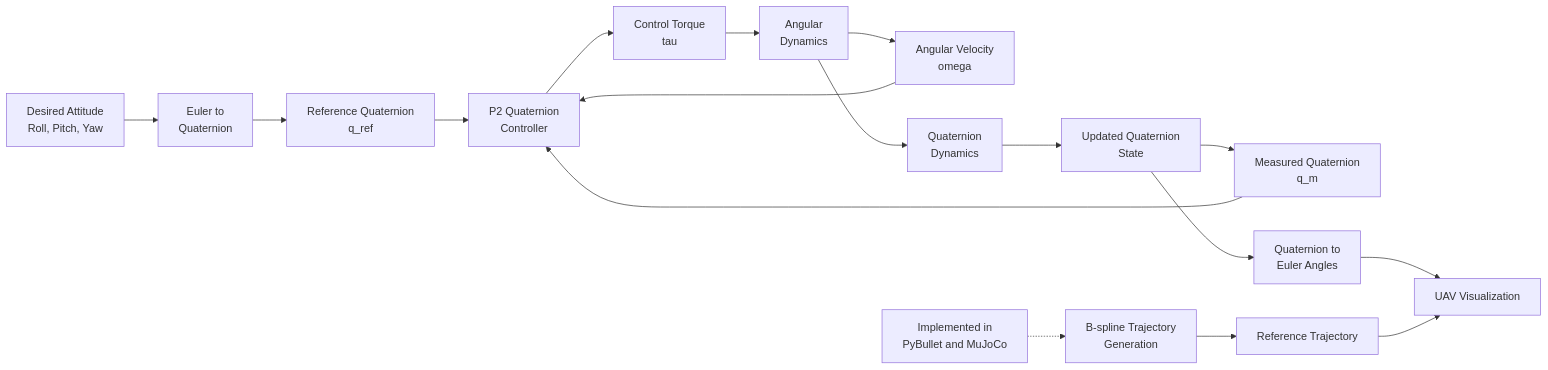
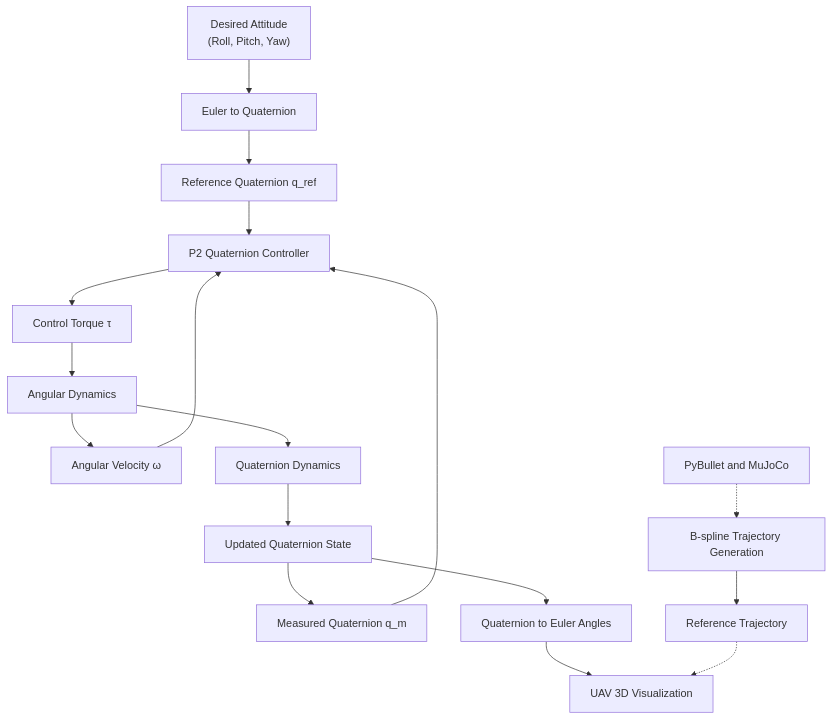
The diagram in README.md (NamburiRupesh/Drones_S5_CD5_UAV_Attitude_Control_Quaternion), drawn with Mermaid before and after one commit.

Commit message:
Revised the Mermaid flow diagram again into a vertical flow

````diff
--- a/README.md
+++ b/README.md
@@ -353,26 +353,24 @@
 ```mermaid
 
-flowchart LR
-    A["Desired Attitude<br/>Roll, Pitch, Yaw"] --> B["Euler to<br/>Quaternion"]
-    B --> C["Reference Quaternion<br/>q_ref"]
+flowchart TD
+    A["Desired Attitude<br/>(Roll, Pitch, Yaw)"] --> B["Euler to Quaternion"]
+    B --> C["Reference Quaternion q_ref"]
 
-    C --> E["P2 Quaternion<br/>Controller"]
-    D["Measured Quaternion<br/>q_m"] --> E
-    F["Angular Velocity<br/>omega"] --> E
+    C --> E["P2 Quaternion Controller"]
+    D["Measured Quaternion q_m"] --> E
+    F["Angular Velocity ω"] --> E
 
-    E --> G["Control Torque<br/>tau"]
-    G --> H["Angular<br/>Dynamics"]
+    E --> G["Control Torque τ"]
+    G --> H["Angular Dynamics"]
     H --> F
-    H --> I["Quaternion<br/>Dynamics"]
-    I --> J["Updated Quaternion<br/>State"]
+    H --> I["Quaternion Dynamics"]
+    I --> J["Updated Quaternion State"]
     J --> D
-    J --> K["Quaternion to<br/>Euler Angles"]
-    K --> L["UAV Visualization"]
+    J --> K["Quaternion to Euler Angles"]
+    K --> L["UAV 3D Visualization"]
 
-    M["B-spline Trajectory<br/>Generation"] --> N["Reference Trajectory"]
-    N --> L
-
-    O["Implemented in<br/>PyBullet and MuJoCo"] -.-> M
-
+    M["B-spline Trajectory Generation"] --> N["Reference Trajectory"]
+    N -.-> L
+    O["PyBullet and MuJoCo"] -.-> M
 
 ```
````
